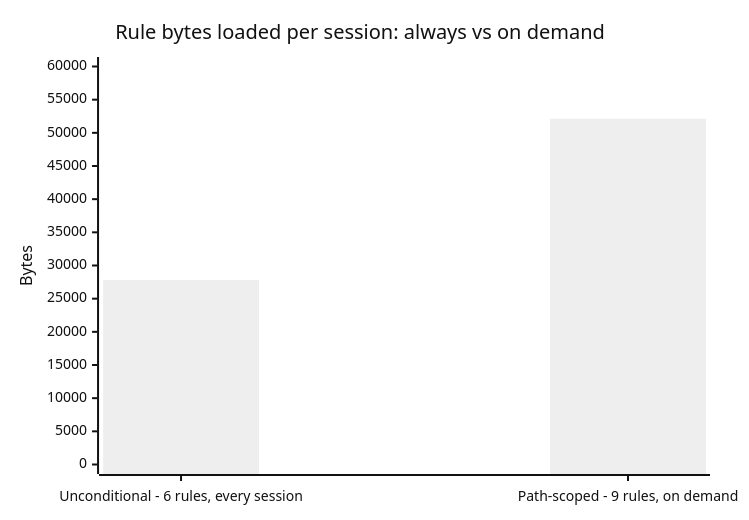
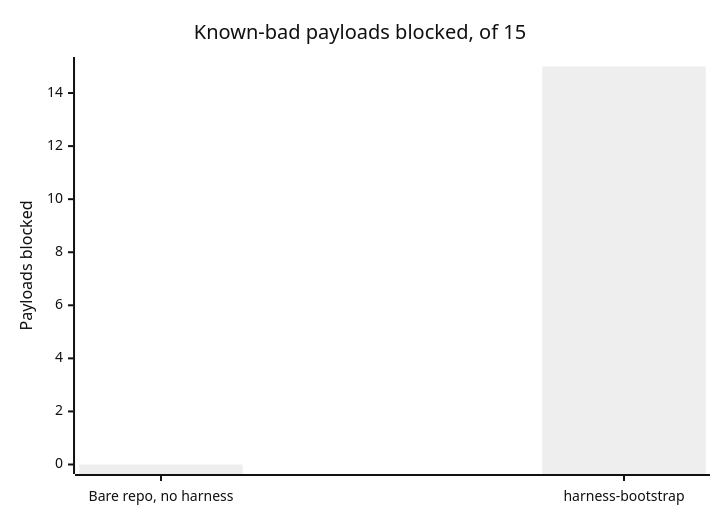
Before and after one commit to nguyenhx2/agent-harness-bootstrap: the first of 2 diagrams in benchmark/RESULTS.md, drawn with Mermaid (neutral theme). The commit also changed other lines of this file and 74 other files, not shown here.

First line of the commit message:
fix(harness-bootstrap): close guardrail bypasses, unblock legitimate env reads, widen discovery

````diff
--- a/benchmark/RESULTS.md
+++ b/benchmark/RESULTS.md
@@ -33,7 +30,7 @@
 ```mermaid
 xychart-beta
-    title "Rule bytes loaded per session: always vs on demand"
-    x-axis ["Unconditional - 6 rules, every session", "Path-scoped - 9 rules, on demand"]
-    y-axis "Bytes" 0 --> 60000
-    bar [27805, 52131]
+    title "Known-bad payloads blocked, of 15"
+    x-axis ["Bare repo, no harness", "harness-bootstrap"]
+    y-axis "Payloads blocked" 0 --> 15
+    bar [0, 15]
 ```
````
